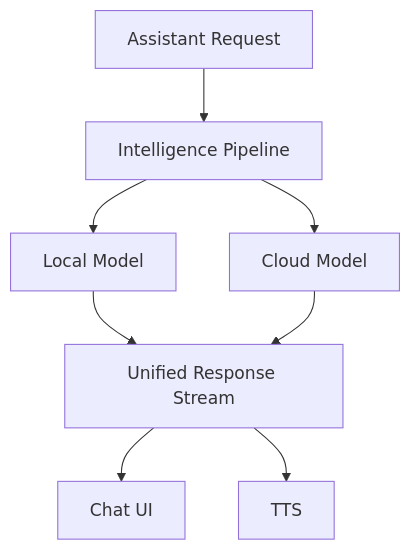
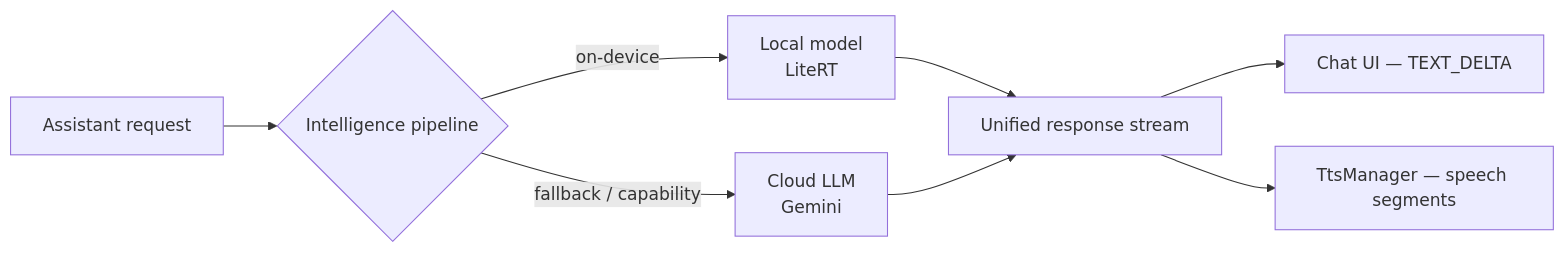
The fifth of 5 diagrams in README.md (kaushalkrishnax/kritha), drawn with Mermaid before and after one commit. The commit also changed other lines of this file and 80 other files, not shown here.

````diff
--- a/README.md
+++ b/README.md
@@ -285,16 +220,10 @@
 ```mermaid
-flowchart TD
-    REQUEST["Assistant Request"]
-    ROUTER["Intelligence Pipeline"]
-
-    REQUEST --> ROUTER
-
-    ROUTER --> LOCAL["Local Model"]
-    ROUTER --> CLOUD["Cloud Model"]
-
-    LOCAL --> RESULT["Unified Response Stream"]
-    CLOUD --> RESULT
-
-    RESULT --> UI["Chat UI"]
-    RESULT --> TTS["TTS"]
+flowchart LR
+    REQ["Assistant request"] --> ROUTER{"Intelligence pipeline"}
+    ROUTER -->|on-device| LOCAL["Local model<br/>LiteRT"]
+    ROUTER -->|fallback / capability| CLOUD["Cloud LLM<br/>Gemini"]
+    LOCAL --> STREAM["Unified response stream"]
+    CLOUD --> STREAM
+    STREAM --> UI["Chat UI — TEXT_DELTA"]
+    STREAM --> TTS["TtsManager — speech segments"]
 ```
````
